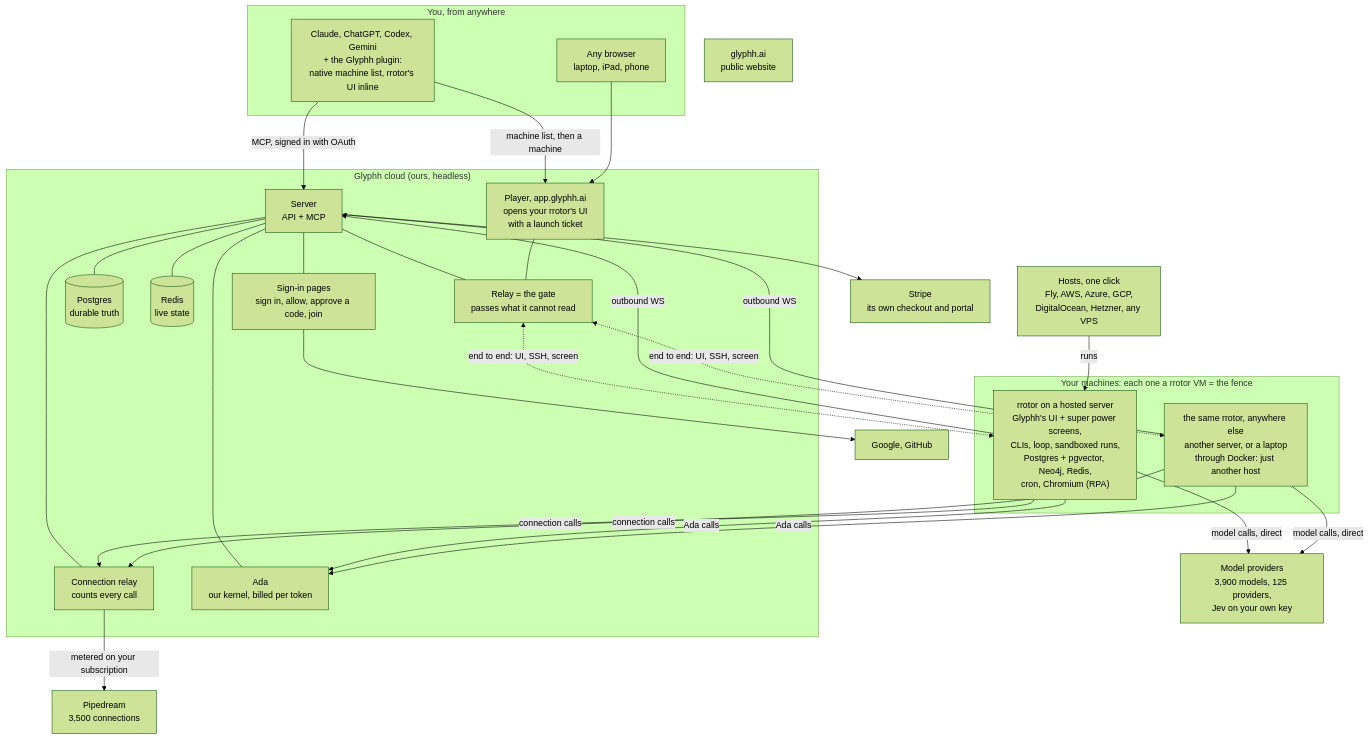
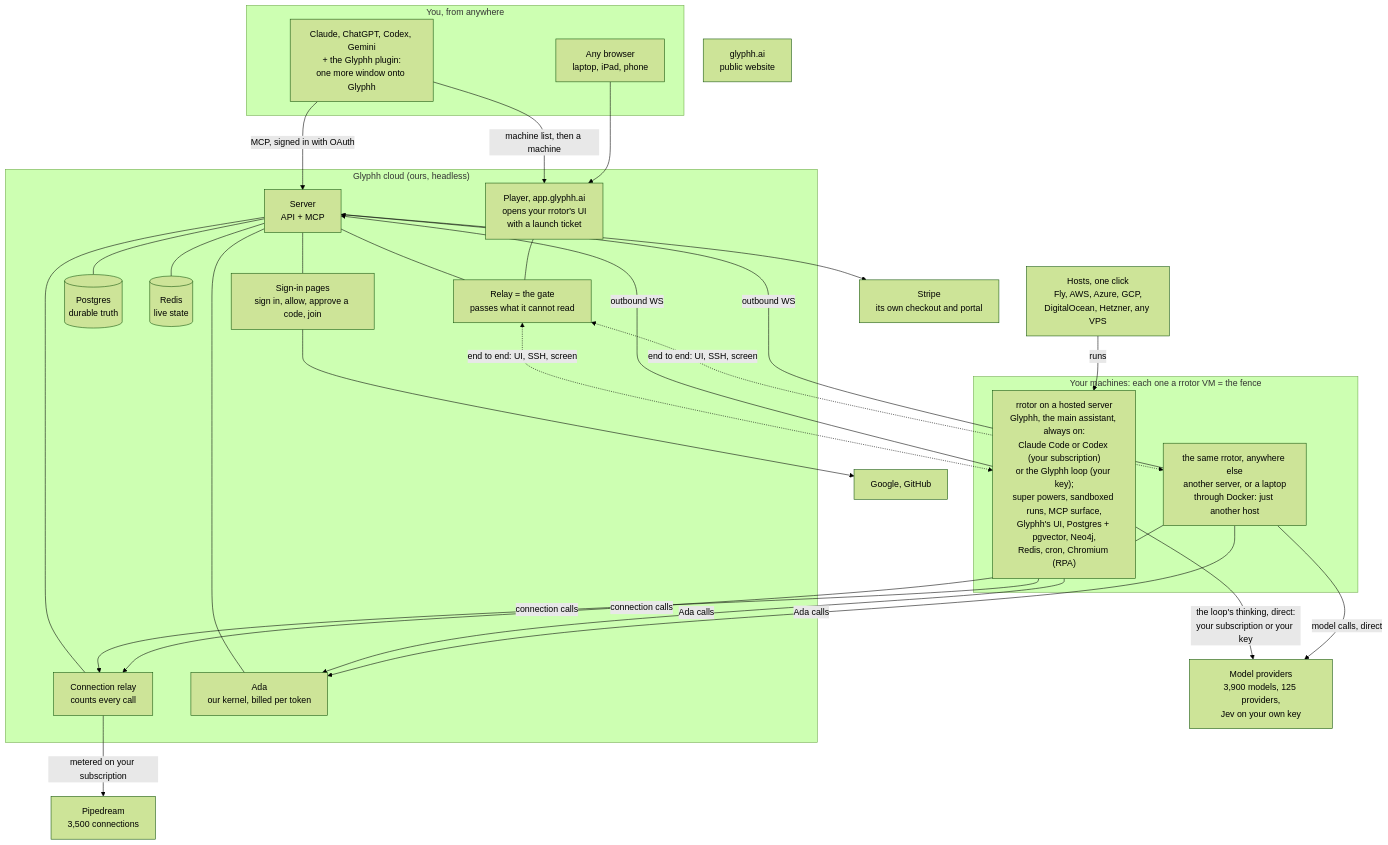
One commit to glyphh-ai/server changed the diagram in docs/architecture.md. Above: the diagram before and after it, drawn with Mermaid (forest theme). The commit also changed other lines of this file and 4 other files, not shown here.

Commit message:
The main assistant: Glyphh in rrotor on one of three loops (Claude Code or Codex on the member's subscription, the Glyphh loop on their key), none priced by Glyphh; rrotor's MCP surface powers the orchestration

````diff
--- a/docs/architecture.md
+++ b/docs/architecture.md
@@ -3,55 +3,55 @@
 ```mermaid
 flowchart TB
     subgraph You["You, from anywhere"]
-        Claude["Claude, ChatGPT, Codex, Gemini<br/>+ the Glyphh plugin:<br/>native machine list, rrotor's UI inline"]
+        Claude["Claude, ChatGPT, Codex, Gemini<br/>+ the Glyphh plugin:<br/>one more window onto Glyphh"]
         Browser["Any browser<br/>laptop, iPad, phone"]
     end
 
     subgraph Cloud["Glyphh cloud (ours, headless)"]
         Pages["Sign-in pages<br/>sign in, allow, approve a code, join"]
         Player["Player, app.glyphh.ai<br/>opens your rrotor's UI<br/>with a launch ticket"]
         Server["Server<br/>API + MCP"]
         DB[("Postgres<br/>durable truth")]
         Live[("Redis<br/>live state")]
         Relay["Relay = the gate<br/>passes what it cannot read"]
         ConnRelay["Connection relay<br/>counts every call"]
         Ada["Ada<br/>our kernel, billed per token"]
         Server --- DB
         Server --- Live
         Server --- Relay
         Server --- ConnRelay
         Server --- Ada
         Server --- Pages
         Player --- Relay
     end
 
     subgraph Yours["Your machines: each one a rrotor VM = the fence"]
-        R1["rrotor on a hosted server<br/>Glyphh's UI + super power screens,<br/>CLIs, loop, sandboxed runs,<br/>Postgres + pgvector, Neo4j, Redis,<br/>cron, Chromium (RPA)"]
+        R1["rrotor on a hosted server<br/>Glyphh, the main assistant, always on:<br/>Claude Code or Codex (your subscription)<br/>or the Glyphh loop (your key);<br/>super powers, sandboxed runs, MCP surface,<br/>Glyphh's UI, Postgres + pgvector, Neo4j,<br/>Redis, cron, Chromium (RPA)"]
         R2["the same rrotor, anywhere else<br/>another server, or a laptop<br/>through Docker: just another host"]
     end
 
     Hosts["Hosts, one click<br/>Fly, AWS, Azure, GCP,<br/>DigitalOcean, Hetzner, any VPS"]
     Site["glyphh.ai<br/>public website"]
     Providers["Model providers<br/>3,900 models, 125 providers,<br/>Jev on your own key"]
     Pipedream["Pipedream<br/>3,500 connections"]
     Stripe["Stripe<br/>its own checkout and portal"]
     SignIn["Google, GitHub"]
 
     Claude -- "MCP, signed in with OAuth" --> Server
     Claude -- "machine list, then a machine" --> Player
     Browser --> Player
     Relay <-. "end to end: UI, SSH, screen" .-> R1
     Relay <-. "end to end: UI, SSH, screen" .-> R2
     R1 -- "outbound WS" --> Server
     R2 -- "outbound WS" --> Server
-    R1 -- "model calls, direct" --> Providers
+    R1 -- "the loop's thinking, direct:<br/>your subscription or your key" --> Providers
     R2 -- "model calls, direct" --> Providers
     R1 -- "connection calls" --> ConnRelay
     R2 -- "connection calls" --> ConnRelay
     R1 -- "Ada calls" --> Ada
     R2 -- "Ada calls" --> Ada
     ConnRelay -- "metered on your subscription" --> Pipedream
     Hosts -- "runs" --> R1
     Pages --> SignIn
     Server --> Stripe
 ```
````
